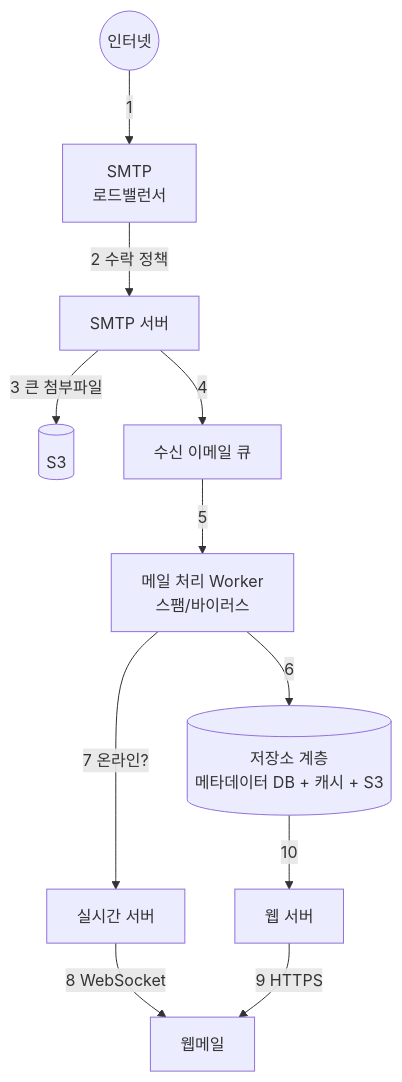
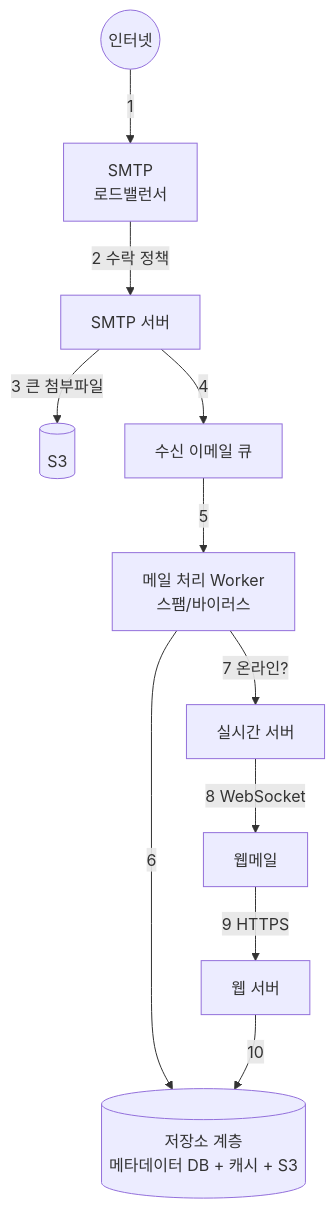
The fourth of 6 diagrams in 8장 분산 이메일 서비스/길현준/README.md (seungwontech/system-design-study2), drawn with Mermaid before and after one commit. The commit also changed other lines of this file, not shown here.

Commit message:
fix(8장): 리뷰 반영 - IMAP 한계 컬럼, 수신 다이어그램 화살표, attachments 키 순서, folders PK, CAP 외부 내용 제거

````diff
--- a/8장 분산 이메일 서비스/길현준/README.md
+++ b/8장 분산 이메일 서비스/길현준/README.md
@@ -256,13 +256,13 @@
 ```mermaid
 flowchart TB
     Internet((인터넷)) -->|1| LB[SMTP<br/>로드밸런서]
     LB -->|2 수락 정책| SMTP[SMTP 서버]
     SMTP -->|3 큰 첨부파일| S3[(S3)]
     SMTP -->|4| IQ[수신 이메일 큐]
     IQ -->|5| Worker[메일 처리 Worker<br/>스팸/바이러스]
     Worker -->|6| Store[(저장소 계층<br/>메타데이터 DB + 캐시 + S3)]
     Worker -->|7 온라인?| RS[실시간 서버]
     RS -->|8 WebSocket| WM[웹메일]
-    Store -->|10| WebServer[웹 서버]
-    WebServer -->|9 HTTPS| WM
+    WM -->|9 HTTPS| WebServer[웹 서버]
+    WebServer -->|10| Store
 ```
````
